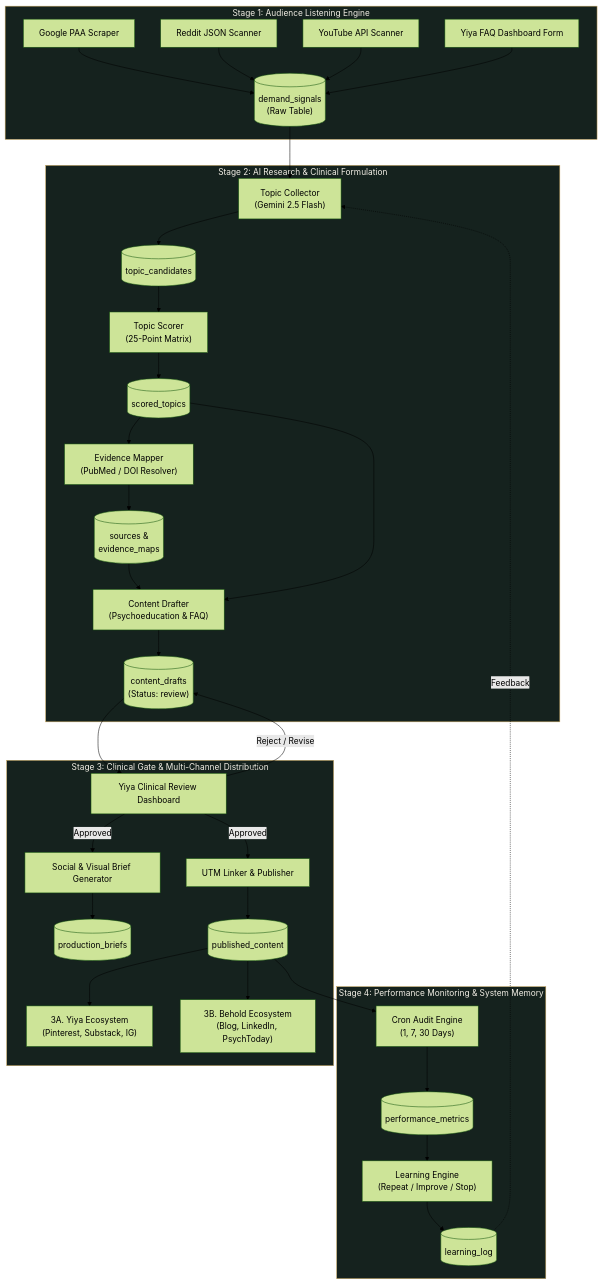
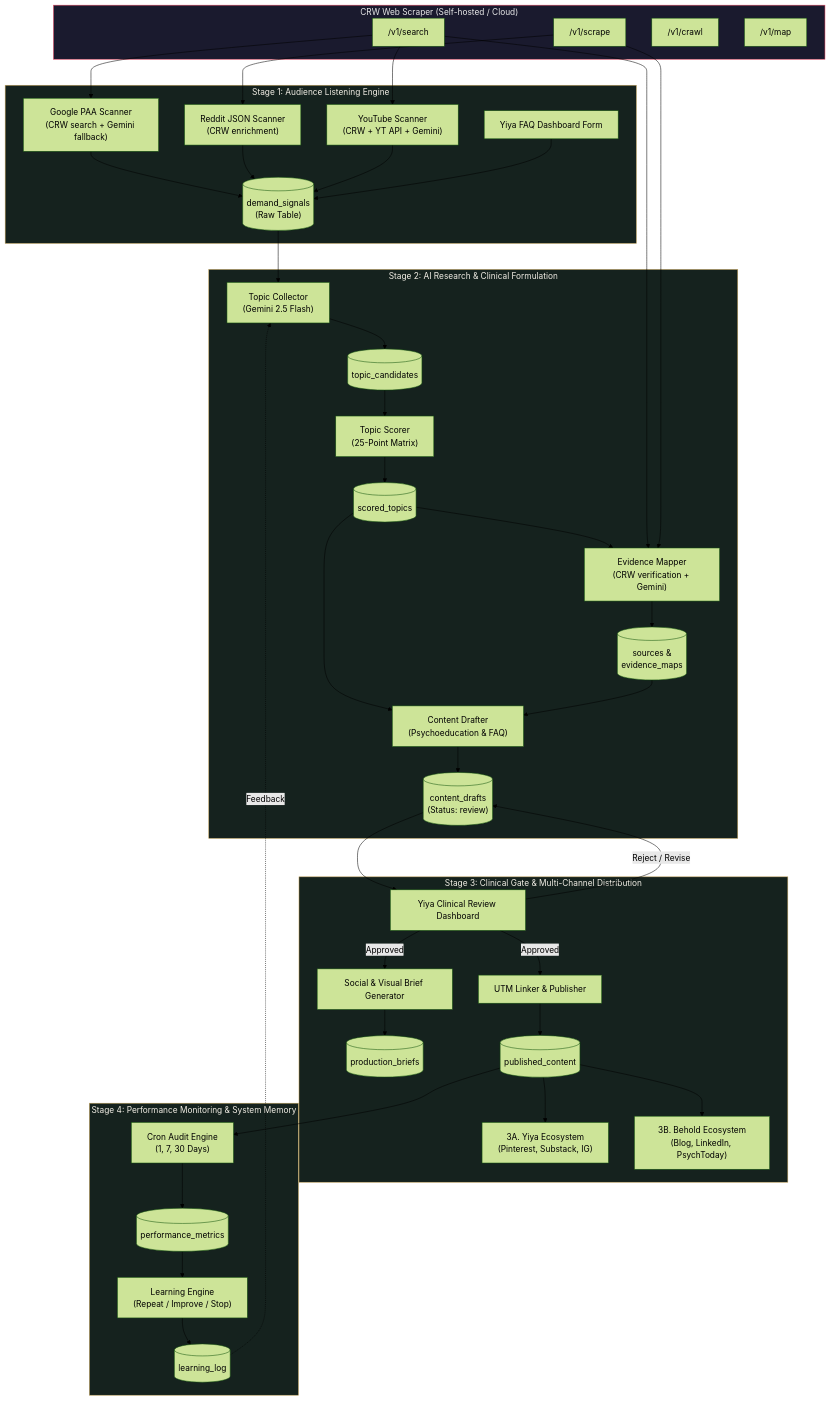
The diagram in docs/ARCHITECTURE.md (TranXuanTinh/AI_Automation_Marketing), drawn with Mermaid (forest theme) before and after one commit. The commit also changed other lines of this file and 22 other files, not shown here.

````diff
--- a/docs/ARCHITECTURE.md
+++ b/docs/ARCHITECTURE.md
@@ -12,45 +12,59 @@
 ```mermaid
 graph TD
+    subgraph CRW_LAYER["CRW Web Scraper (Self-hosted / Cloud)"]
+        CRW_S["/v1/search"]
+        CRW_SC["/v1/scrape"]
+        CRW_CR["/v1/crawl"]
+        CRW_M["/v1/map"]
+    end
+
     subgraph STAGE_1["Stage 1: Audience Listening Engine"]
-        L1["Google PAA Scraper"] --> SIG[("demand_signals\n(Raw Table)")]
-        L2["Reddit JSON Scanner"] --> SIG
-        L3["YouTube API Scanner"] --> SIG
+        L1["Google PAA Scanner\n(CRW search + Gemini fallback)"] --> SIG[("demand_signals\n(Raw Table)")]
+        L2["Reddit JSON Scanner\n(CRW enrichment)"] --> SIG
+        L3["YouTube Scanner\n(CRW + YT API + Gemini)"] --> SIG
         L4["Yiya FAQ Dashboard Form"] --> SIG
     end
 
     subgraph STAGE_2["Stage 2: AI Research & Clinical Formulation"]
         SIG --> TC["Topic Collector\n(Gemini 2.5 Flash)"]
         TC --> CAND[("topic_candidates")]
         CAND --> TS["Topic Scorer\n(25-Point Matrix)"]
         TS --> SCORED[("scored_topics")]
-        SCORED --> EM["Evidence Mapper\n(PubMed / DOI Resolver)"]
+        SCORED --> EM["Evidence Mapper\n(CRW verification + Gemini)"]
         EM --> SRC[("sources &\nevidence_maps")]
         SCORED --> CD["Content Drafter\n(Psychoeducation & FAQ)"]
         SRC --> CD
         CD --> DRAFTS[("content_drafts\n(Status: review)")]
     end
 
     subgraph STAGE_3["Stage 3: Clinical Gate & Multi-Channel Distribution"]
         DRAFTS --> UI["Yiya Clinical Review Dashboard"]
         UI -- Reject / Revise --> DRAFTS
         UI -- Approved --> SBG["Social & Visual Brief Generator"]
         UI -- Approved --> UTM["UTM Linker & Publisher"]
         SBG --> BRIEFS[("production_briefs")]
         UTM --> PUB[("published_content")]
         PUB --> ECO_A["3A. Yiya Ecosystem\n(Pinterest, Substack, IG)"]
         PUB --> ECO_B["3B. Behold Ecosystem\n(Blog, LinkedIn, PsychToday)"]
     end
 
     subgraph STAGE_4["Stage 4: Performance Monitoring & System Memory"]
         PUB --> CRON["Cron Audit Engine\n(1, 7, 30 Days)"]
         CRON --> METRICS[("performance_metrics")]
         METRICS --> LEARN["Learning Engine\n(Repeat / Improve / Stop)"]
         LEARN --> LOG[("learning_log")]
         LOG -. Feedback .-> TC
     end
 
+    CRW_S --> L1
+    CRW_S --> L3
+    CRW_SC --> L2
+    CRW_S --> EM
+    CRW_SC --> EM
+
+    style CRW_LAYER fill:#1a1a2e,stroke:#e94560,color:#eaeaea
     style STAGE_1 fill:#15221e,stroke:#c4a35a,color:#f3efe6
     style STAGE_2 fill:#15221e,stroke:#c4a35a,color:#f3efe6
     style STAGE_3 fill:#15221e,stroke:#c4a35a,color:#f3efe6
     style STAGE_4 fill:#15221e,stroke:#c4a35a,color:#f3efe6
 ```
````
